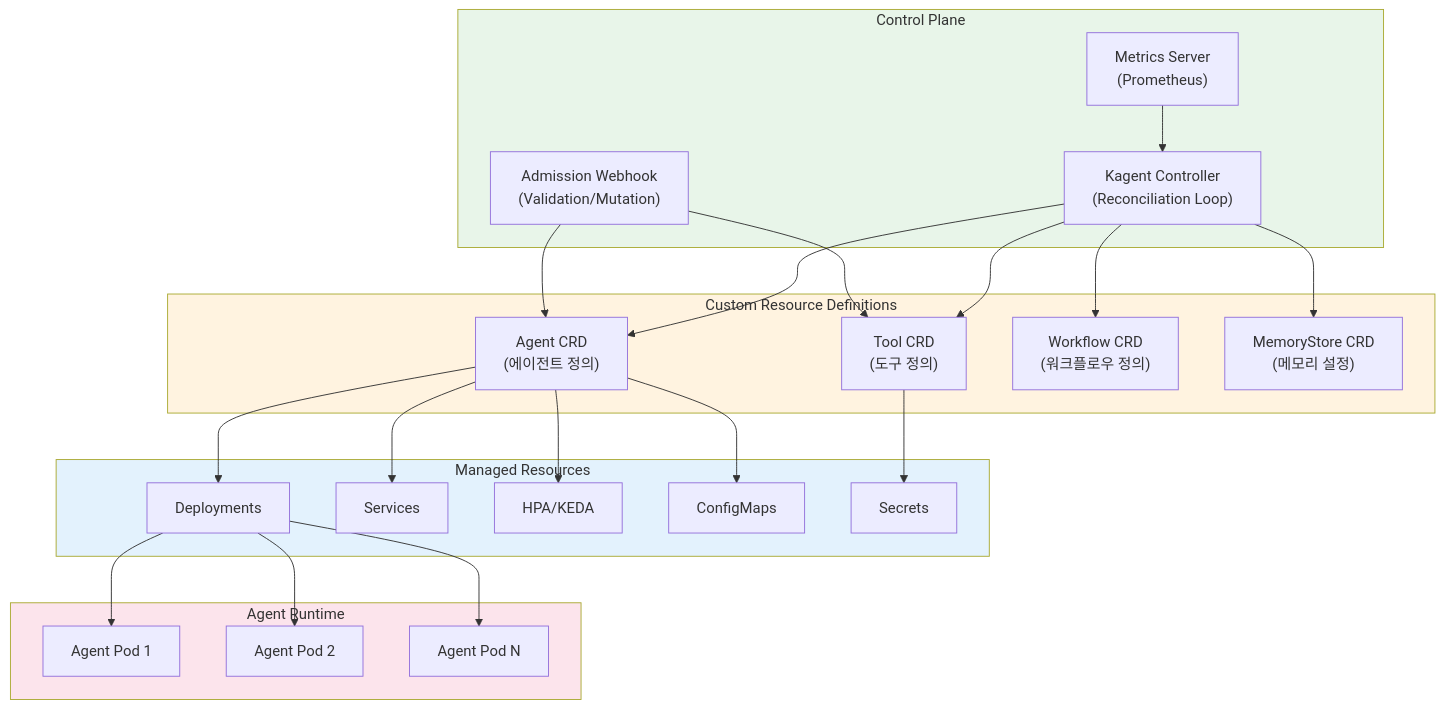
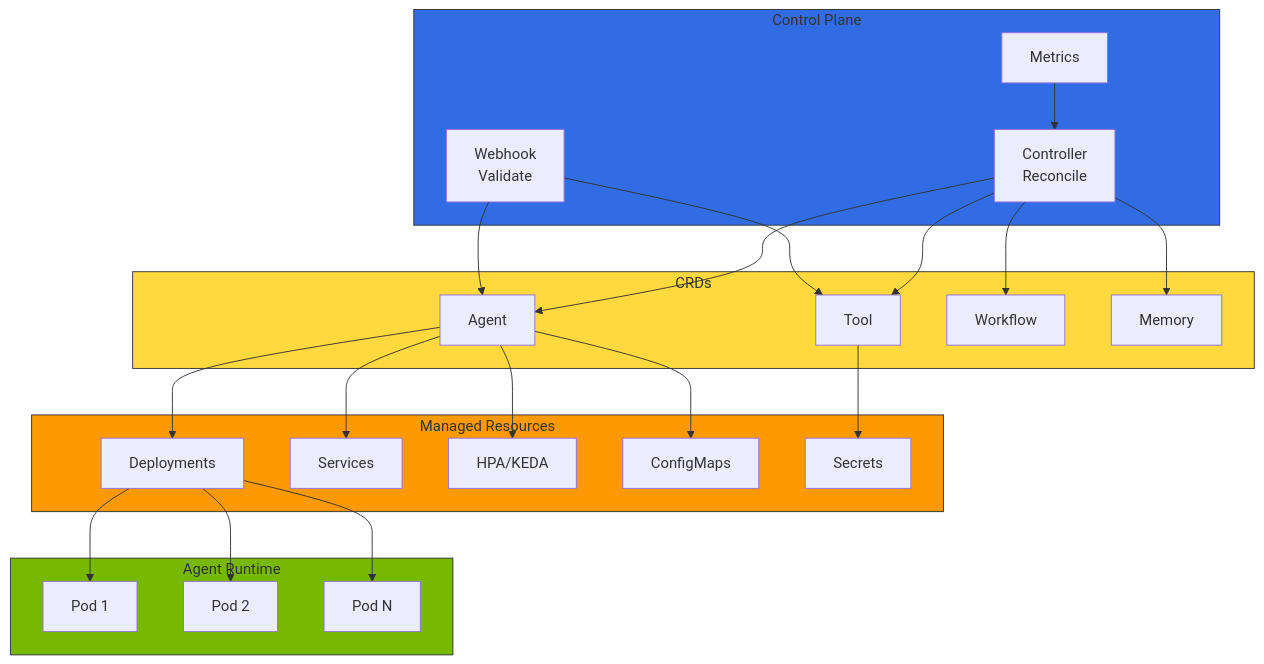
Before and after one commit to devfloor9/engineering-playbook: the first of 3 diagrams in docs/agentic-ai-platform/gateway-agents/kagent-kubernetes-agents.md, drawn with Mermaid. The commit also changed other lines of this file and 24 other files, not shown here.

````diff
--- a/docs/agentic-ai-platform/gateway-agents/kagent-kubernetes-agents.md
+++ b/docs/agentic-ai-platform/gateway-agents/kagent-kubernetes-agents.md
@@ -62,53 +62,44 @@
 ```mermaid
-graph TB
-    subgraph ControlPlane["Control Plane"]
-        CONTROLLER["Kagent Controller<br/>(Reconciliation Loop)"]
-        WEBHOOK["Admission Webhook<br/>(Validation/Mutation)"]
-        METRICS["Metrics Server<br/>(Prometheus)"]
+flowchart TB
+    subgraph CP["Control Plane"]
+        CTRL[Controller<br/>Reconcile]
+        WH[Webhook<br/>Validate]
+        MET[Metrics]
     end
-    
-    subgraph CRDs["Custom Resource Definitions"]
-        AGENT_CRD["Agent CRD<br/>(에이전트 정의)"]
-        TOOL_CRD["Tool CRD<br/>(도구 정의)"]
-        WORKFLOW_CRD["Workflow CRD<br/>(워크플로우 정의)"]
-        MEMORY_CRD["MemoryStore CRD<br/>(메모리 설정)"]
+
+    subgraph CRD["CRDs"]
+        A_CRD[Agent]
+        T_CRD[Tool]
+        W_CRD[Workflow]
+        M_CRD[Memory]
     end
-    
-    subgraph ManagedResources["Managed Resources"]
-        DEPLOY["Deployments"]
-        SVC["Services"]
-        HPA["HPA/KEDA"]
-        CM["ConfigMaps"]
-        SECRET["Secrets"]
+
+    subgraph RES["Managed Resources"]
+        DEP[Deployments]
+        SVC[Services]
+        HPA[HPA/KEDA]
+        CM[ConfigMaps]
+        SEC[Secrets]
     end
-    
-    subgraph AgentRuntime["Agent Runtime"]
-        POD1["Agent Pod 1"]
-        POD2["Agent Pod 2"]
-        PODN["Agent Pod N"]
+
+    subgraph RT["Agent Runtime"]
+        P1[Pod 1]
+        P2[Pod 2]
+        PN[Pod N]
     end
-    
-    CONTROLLER --> AGENT_CRD
-    CONTROLLER --> TOOL_CRD
-    CONTROLLER --> WORKFLOW_CRD
-    CONTROLLER --> MEMORY_CRD
-    WEBHOOK --> AGENT_CRD
-    WEBHOOK --> TOOL_CRD
-    
-    AGENT_CRD --> DEPLOY
-    AGENT_CRD --> SVC
-    AGENT_CRD --> HPA
-    AGENT_CRD --> CM
-    TOOL_CRD --> SECRET
-    
-    DEPLOY --> POD1
-    DEPLOY --> POD2
-    DEPLOY --> PODN
-    
-    METRICS --> CONTROLLER
-    
-    style ControlPlane fill:#e8f5e9
-    style CRDs fill:#fff3e0
-    style ManagedResources fill:#e3f2fd
-    style AgentRuntime fill:#fce4ec
+
+    CTRL --> A_CRD & T_CRD & W_CRD & M_CRD
+    WH --> A_CRD & T_CRD
+
+    A_CRD --> DEP & SVC & HPA & CM
+    T_CRD --> SEC
+
+    DEP --> P1 & P2 & PN
+
+    MET --> CTRL
+
+    style CP fill:#326ce5,stroke:#333
+    style CRD fill:#ffd93d,stroke:#333
+    style RES fill:#ff9900,stroke:#333
+    style RT fill:#76b900,stroke:#333
 ```
````
